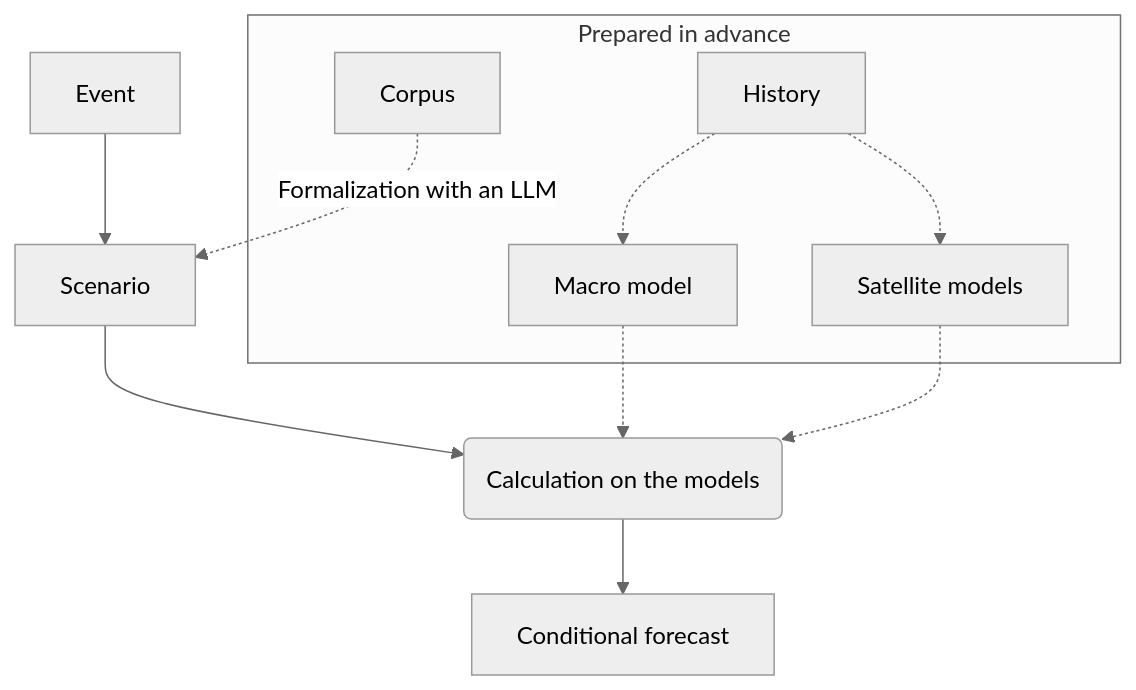
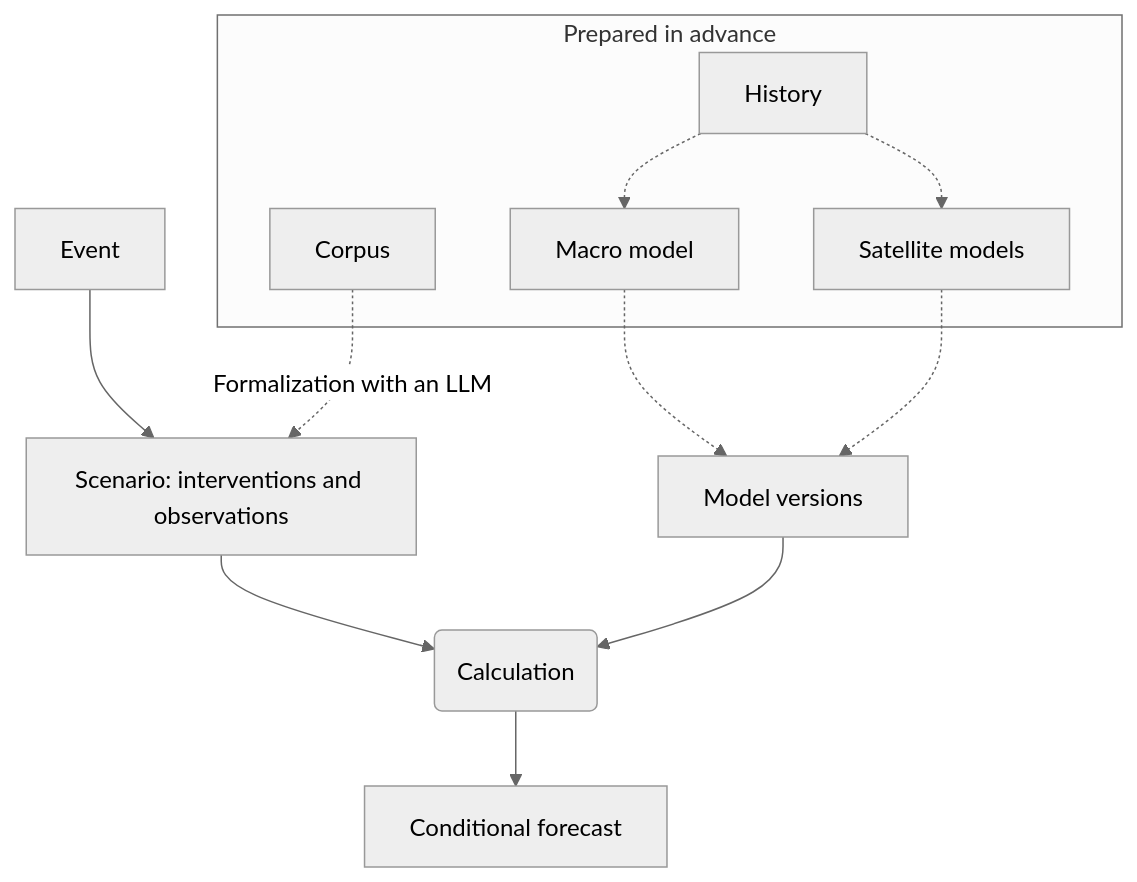
The diagram in docs/concept/formalization.en.md (LeoLourson/MacroStress-DSH), drawn with Mermaid (neutral theme) before and after one commit. The commit also changed other lines of this file and 61 other files, not shown here.

````diff
--- a/docs/concept/formalization.en.md
+++ b/docs/concept/formalization.en.md
@@ -5,14 +5,15 @@
 ```mermaid
 flowchart TB
-    E["Event"] --> S["Scenario"]
-    S --> C("Calculation on the models")
+    E["Event"] --> S["Scenario: interventions and observations"]
+    S --> C("Calculation")
+    V["Model versions"] --> C
     C --> R["Conditional forecast"]
     subgraph prepared["Prepared in advance"]
         K["Corpus"]
         H["History"] -.-> M["Macro model"]
         H -.-> N["Satellite models"]
     end
     K -.->|Formalization with an LLM| S
-    M -.-> C
-    N -.-> C
+    M -.-> V
+    N -.-> V
 ```
````
